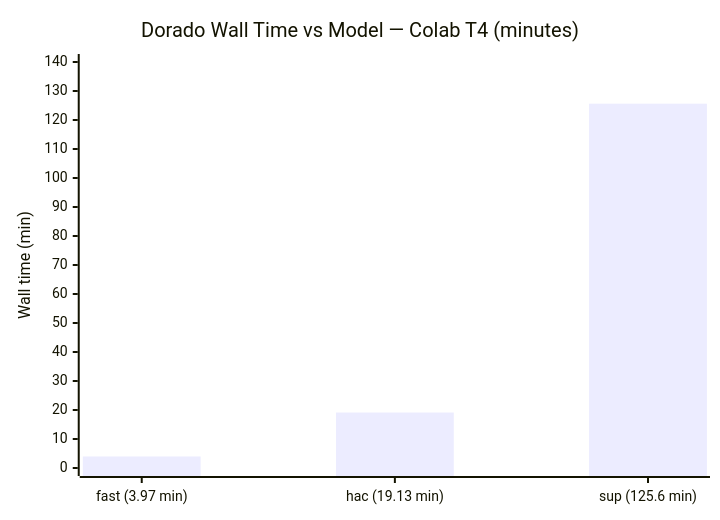
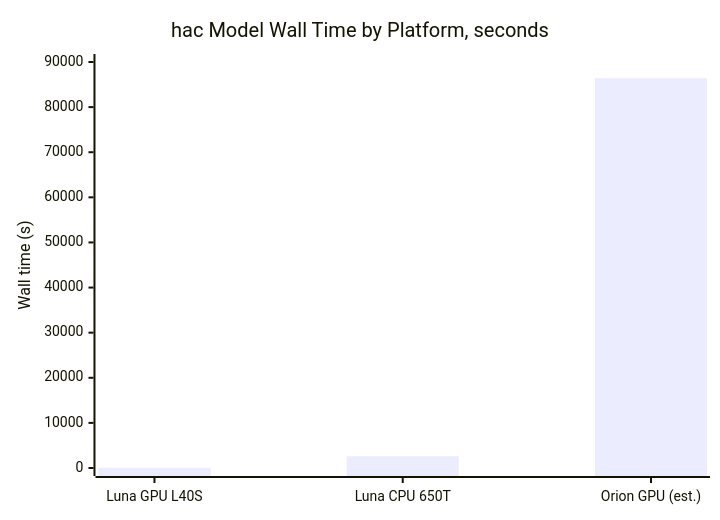
The third of 26 diagrams in README.md (KathpaliaChirag/Nanopore-project), drawn with Mermaid before and after one commit. The commit also changed other lines of this file and 4 other files, not shown here.

````diff
--- a/README.md
+++ b/README.md
@@ -219,7 +246,7 @@
 ```mermaid
 xychart-beta
-    title "Dorado Wall Time vs Model — Colab T4 (minutes)"
-    x-axis ["fast (3.97 min)", "hac (19.13 min)", "sup (125.6 min)"]
-    y-axis "Wall time (min)" 0 --> 140
-    bar [3.97, 19.13, 125.63]
+    title "hac Model Wall Time by Platform, seconds"
+    x-axis ["Luna GPU L40S", "Luna CPU 650T", "Orion GPU (est.)"]
+    y-axis "Wall time (s)" 0 --> 90000
+    bar [55.0, 2606, 86400]
 ```
````
